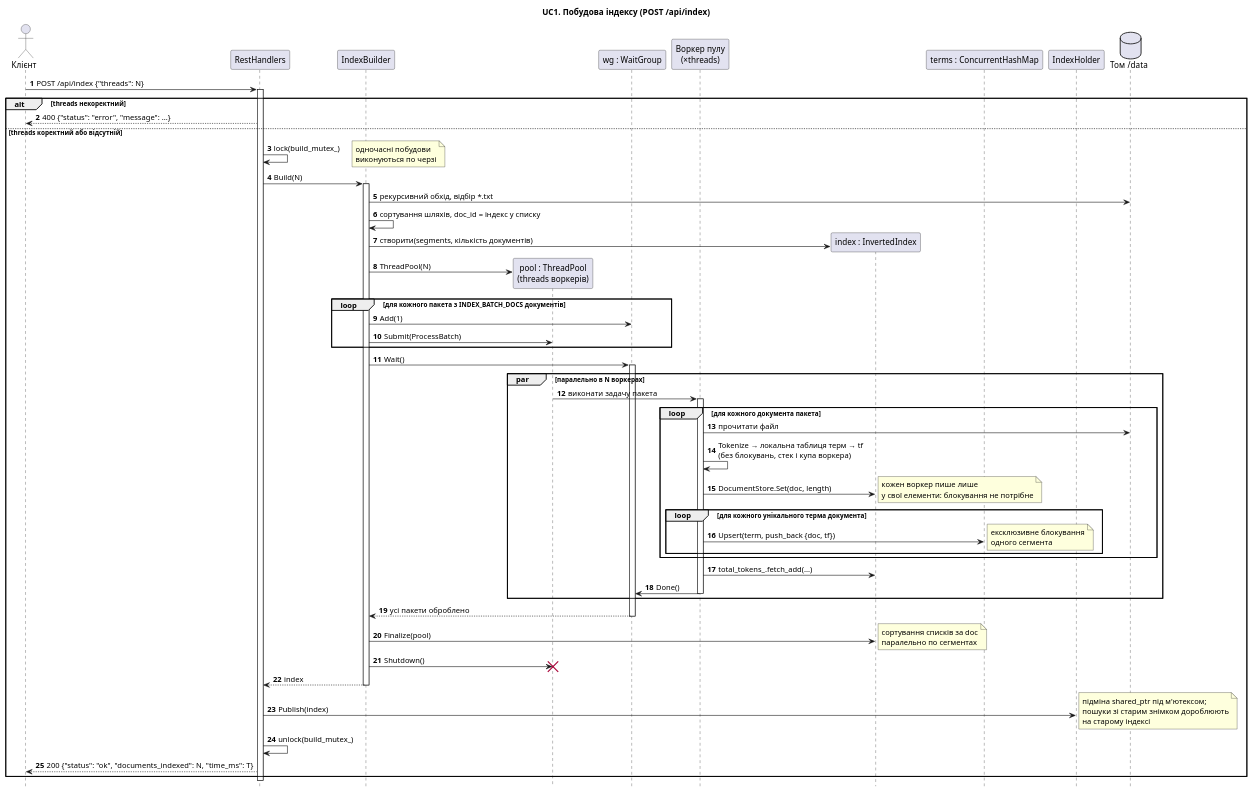
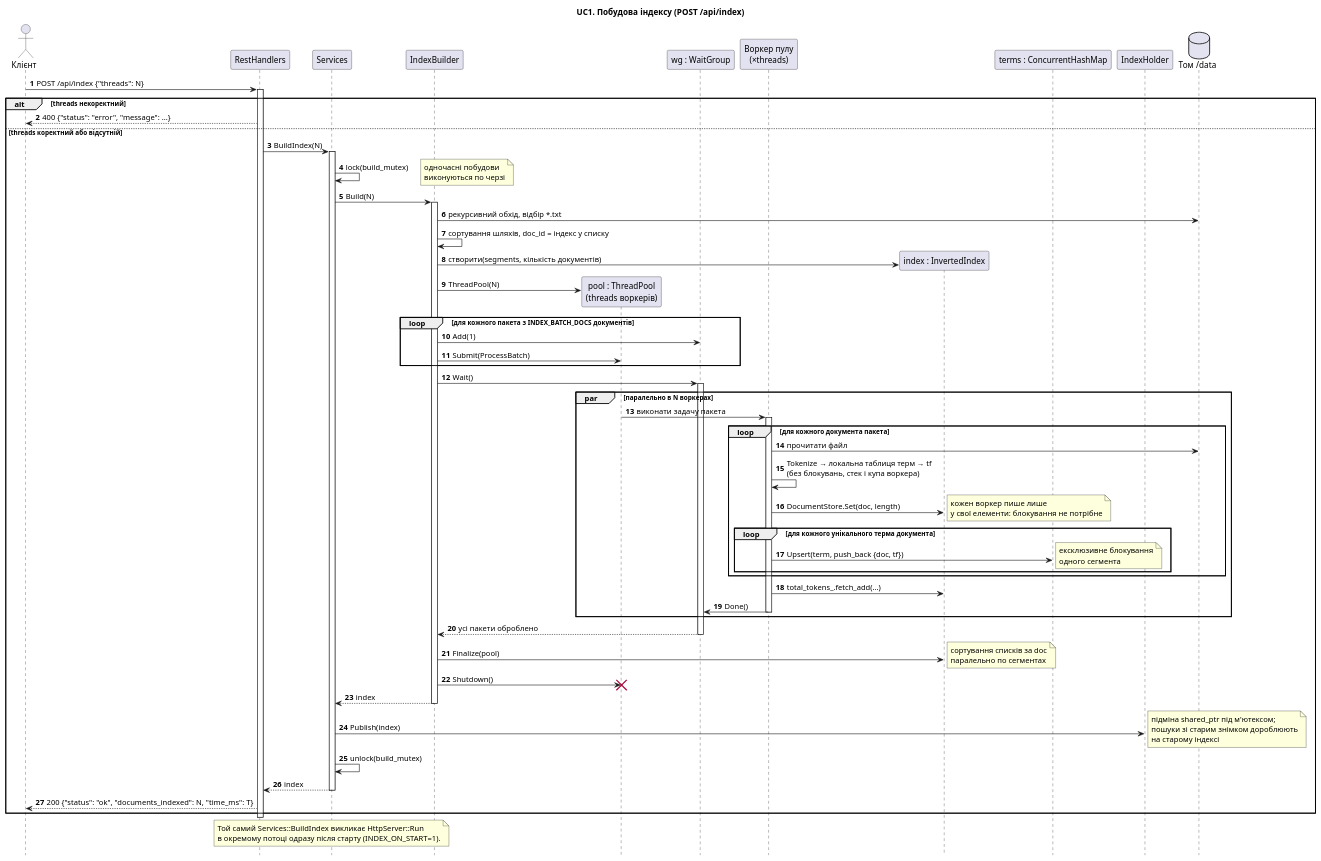
Before and after one commit to obolentsevB/course_work_parallel_computing: the diagram in docs/uml/seq_build_index.puml, drawn with PlantUML. The commit also changed 5 other files, not shown here.

Commit message:
docs(uml): sync diagrams with startup indexing and dataset service

```diff
--- a/docs/uml/seq_build_index.puml
+++ b/docs/uml/seq_build_index.puml
@@ -1,78 +1,88 @@
 @startuml seq_build_index
 ' UC1. Побудувати індекс. Модель до реалізації: див. docs/PLAN.md, розділи 4.3, 5.1-5.5.
 autonumber
 hide footbox
 
 title UC1. Побудова індексу (POST /api/index)
 
 actor "Клієнт" as Client
 participant "RestHandlers" as Rest
+participant "Services" as Svc
 participant "IndexBuilder" as Builder
 participant "pool : ThreadPool\n(threads воркерів)" as Pool
 participant "wg : WaitGroup" as WG
 participant "Воркер пулу\n(×threads)" as Worker
 participant "index : InvertedIndex" as Index
 participant "terms : ConcurrentHashMap" as Map
 participant "IndexHolder" as Holder
 database "Том /data" as Data
 
 Client -> Rest : POST /api/index {"threads": N}
 activate Rest
 
 alt threads некоректний
   Rest --> Client : 400 {"status": "error", "message": ...}
 else threads коректний або відсутній
-  Rest -> Rest : lock(build_mutex_)
+  Rest -> Svc : BuildIndex(N)
+  activate Svc
+  Svc -> Svc : lock(build_mutex)
   note right : одночасні побудови\nвиконуються по черзі
 
-  Rest -> Builder : Build(N)
+  Svc -> Builder : Build(N)
   activate Builder
   Builder -> Data : рекурсивний обхід, відбір *.txt
   Builder -> Builder : сортування шляхів, doc_id = індекс у списку
   Builder -> Index ** : створити(segments, кількість документів)
   Builder -> Pool ** : ThreadPool(N)
 
   loop для кожного пакета з INDEX_BATCH_DOCS документів
     Builder -> WG : Add(1)
     Builder -> Pool : Submit(ProcessBatch)
   end
 
   Builder -> WG : Wait()
   activate WG
 
   par паралельно в N воркерах
     Pool -> Worker : виконати задачу пакета
     activate Worker
     loop для кожного документа пакета
       Worker -> Data : прочитати файл
       Worker -> Worker : Tokenize → локальна таблиця терм → tf\n(без блокувань, стек і купа воркера)
       Worker -> Index : DocumentStore.Set(doc, length)
       note right : кожен воркер пише лише\nу свої елементи: блокування не потрібне
       loop для кожного унікального терма документа
         Worker -> Map : Upsert(term, push_back {doc, tf})
         note right : ексклюзивне блокування\nодного сегмента
       end
     end
     Worker -> Index : total_tokens_.fetch_add(...)
     Worker -> WG : Done()
     deactivate Worker
   end
 
   WG --> Builder : усі пакети оброблено
   deactivate WG
 
   Builder -> Index : Finalize(pool)
   note right : сортування списків за doc\nпаралельно по сегментах
   Builder -> Pool : Shutdown()
   destroy Pool
-  Builder --> Rest : index
+  Builder --> Svc : index
   deactivate Builder
 
-  Rest -> Holder : Publish(index)
+  Svc -> Holder : Publish(index)
   note right : підміна shared_ptr під м'ютексом;\nпошуки зі старим знімком дороблюють\nна старому індексі
-  Rest -> Rest : unlock(build_mutex_)
+  Svc -> Svc : unlock(build_mutex)
+  Svc --> Rest : index
+  deactivate Svc
   Rest --> Client : 200 {"status": "ok", "documents_indexed": N, "time_ms": T}
 end
 deactivate Rest
 
+note over Svc
+  Той самий Services::BuildIndex викликає HttpServer::Run
+  в окремому потоці одразу після старту (INDEX_ON_START=1).
+end note
+
 @enduml
```
